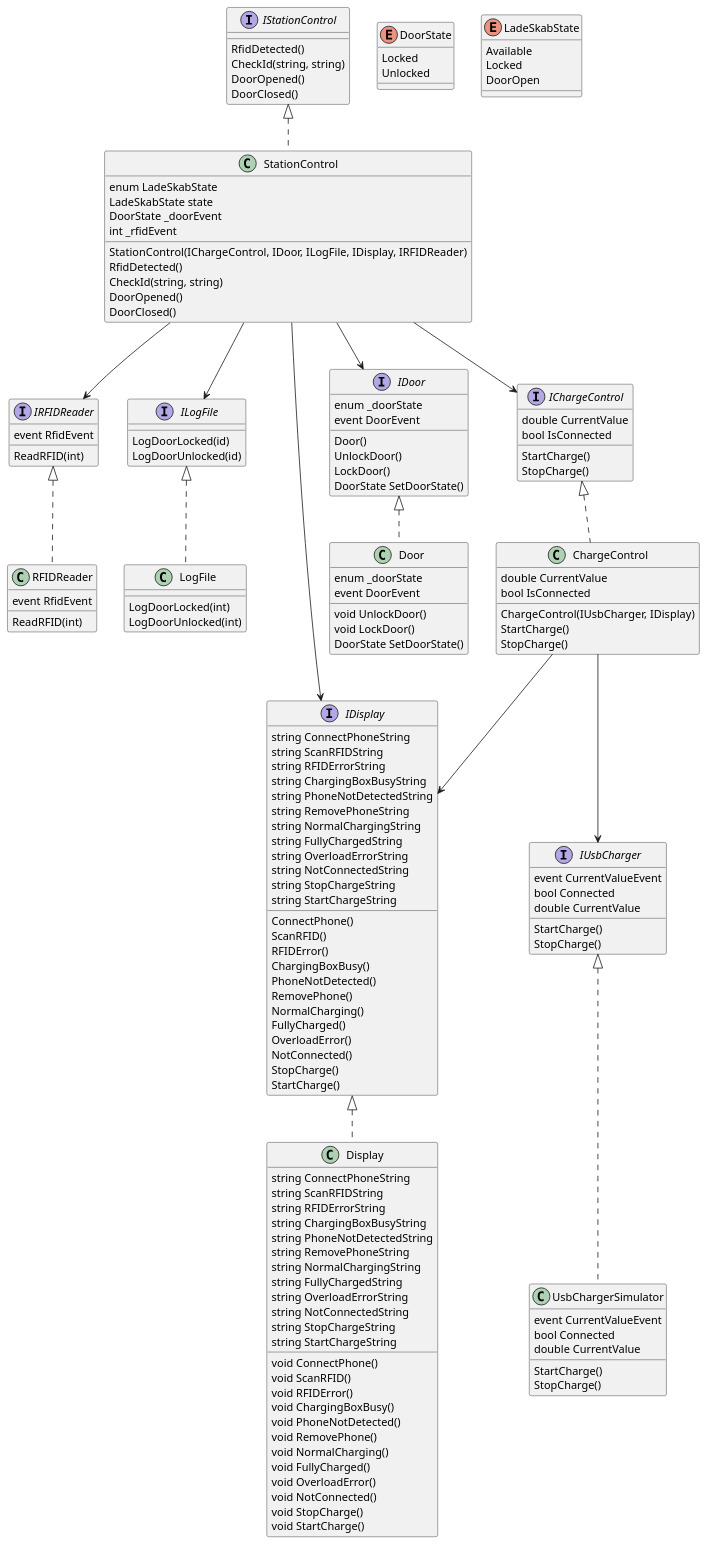
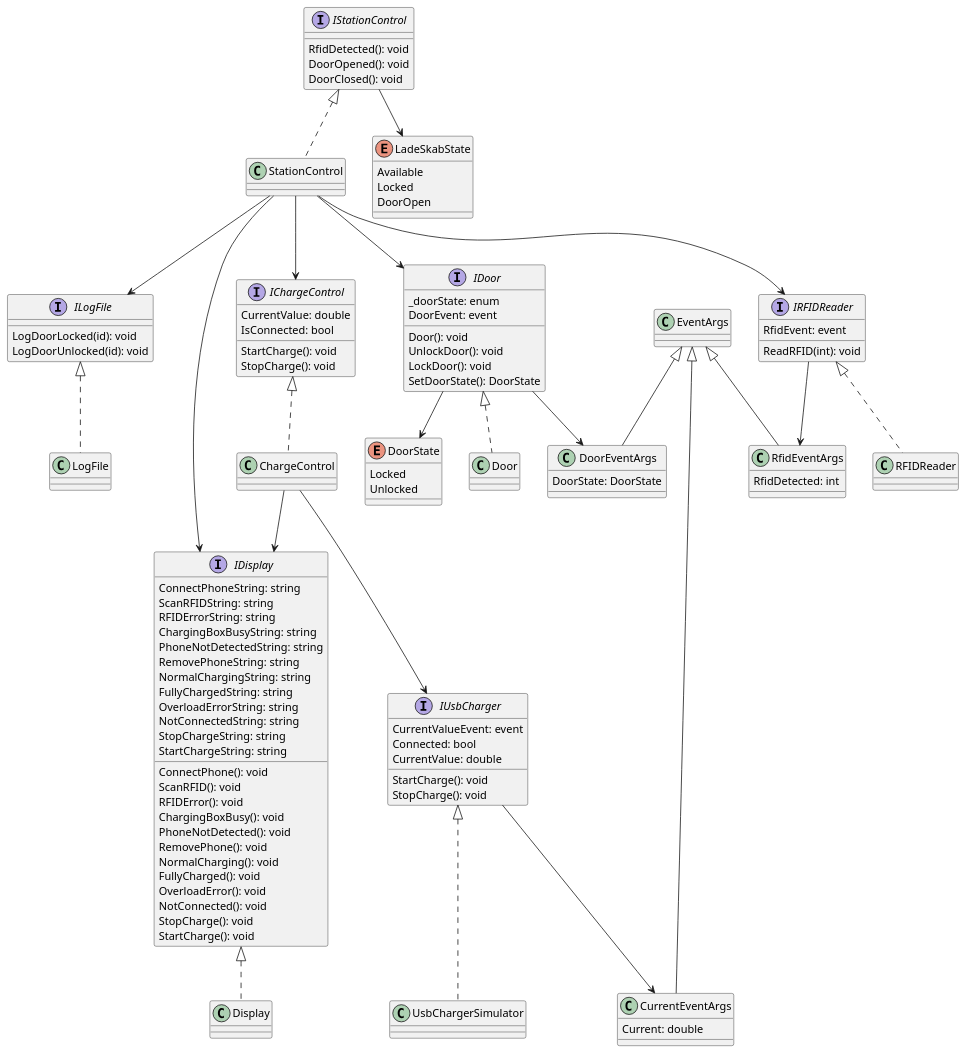
The diagram in diagrams/ChargingBoxCD.puml (MartinStokholm/SWTExercise2), drawn with PlantUML before and after one commit.

Commit message:
class diagram done

```diff
--- a/diagrams/ChargingBoxCD.puml
+++ b/diagrams/ChargingBoxCD.puml
@@ -1,178 +1,135 @@
 @startuml
 
 
-class StationControl{
-    enum LadeSkabState
-    LadeSkabState state
-    DoorState _doorEvent
-    int _rfidEvent
-    StationControl(IChargeControl, IDoor, ILogFile, IDisplay, IRFIDReader)
-    RfidDetected()
-    CheckId(string, string)
-    DoorOpened()
-    DoorClosed()
-
-
-
-}
-class ChargeControl{
-    double CurrentValue
-    bool IsConnected
-    ChargeControl(IUsbCharger, IDisplay)
-    StartCharge()
-    StopCharge()
-
-}
-class Door {
-    enum _doorState
-    event DoorEvent
-    void UnlockDoor()
-    void LockDoor()
-    DoorState SetDoorState()
-}
-
-class Display{
-    void ConnectPhone()
-    void ScanRFID()
-    void RFIDError()
-    void ChargingBoxBusy()
-    void PhoneNotDetected()
-    void RemovePhone()
-    void NormalCharging()
-    void FullyCharged()
-    void OverloadError()
-    void NotConnected()
-    void StopCharge()
-    void StartCharge()
-
-        string ConnectPhoneString
-        string ScanRFIDString
-        string RFIDErrorString
-        string ChargingBoxBusyString
-        string PhoneNotDetectedString
-        string RemovePhoneString
-        string NormalChargingString
-        string FullyChargedString
-        string OverloadErrorString
-        string NotConnectedString
-        string StopChargeString
-        string StartChargeString
-} 
-
-class LogFile{
-    LogDoorLocked(int)
-    LogDoorUnlocked(int)
-}
-
-class RFIDReader{
-    ReadRFID(int)
-    event RfidEvent
-}
-
-class UsbChargerSimulator{
-    event CurrentValueEvent
-    StartCharge()
-    StopCharge()
-    bool Connected
-    double CurrentValue
-}
+class StationControl
+class ChargeControl
+class Door
+class Display
+class LogFile
+class RFIDReader
+class UsbChargerSimulator
 
 interface IStationControl{
-    RfidDetected()
-    CheckId(string, string)
-    DoorOpened()
-    DoorClosed()
+    RfidDetected(): void 
+    DoorOpened(): void 
+    DoorClosed(): void 
 }
 interface IChargeControl{
-    double CurrentValue
-    bool IsConnected
-    StartCharge()
-    StopCharge()
+    CurrentValue: double
+    IsConnected: bool
+    StartCharge(): void
+    StopCharge(): void
 }
 interface IDoor {
-    enum _doorState
-    event DoorEvent
-    Door()
-    UnlockDoor()
-    LockDoor()
-    DoorState SetDoorState()
+    _doorState: enum 
+    DoorEvent: event 
+    Door(): void
+    UnlockDoor(): void
+    LockDoor(): void
+    SetDoorState(): DoorState 
 }
 
 interface IDisplay {
-        ConnectPhone()
-        ScanRFID()
-        RFIDError()
-        ChargingBoxBusy()
-        PhoneNotDetected()
-        RemovePhone()
-        NormalCharging()
-        FullyCharged()
-        OverloadError()
-        NotConnected()
-        StopCharge()
-        StartCharge()
+    ConnectPhone(): void 
+    ScanRFID(): void 
+    RFIDError(): void 
+    ChargingBoxBusy(): void 
+    PhoneNotDetected(): void 
+    RemovePhone(): void 
+    NormalCharging(): void 
+    FullyCharged(): void 
+    OverloadError(): void 
+    NotConnected(): void 
+    StopCharge(): void 
+    StartCharge(): void 
 
-        string ConnectPhoneString
-        string ScanRFIDString
-        string RFIDErrorString
-        string ChargingBoxBusyString
-        string PhoneNotDetectedString
-        string RemovePhoneString
-        string NormalChargingString
-        string FullyChargedString
-        string OverloadErrorString
-        string NotConnectedString
-        string StopChargeString
-        string StartChargeString
+    ConnectPhoneString: string 
+    ScanRFIDString: string 
+    RFIDErrorString: string 
+    ChargingBoxBusyString: string 
+    PhoneNotDetectedString: string 
+    RemovePhoneString: string 
+    NormalChargingString: string 
+    FullyChargedString: string 
+    OverloadErrorString: string 
+    NotConnectedString: string 
+    StopChargeString: string 
+    StartChargeString: string 
 }
 
 
 interface ILogFile{
-    LogDoorLocked(id)
-    LogDoorUnlocked(id)
+    LogDoorLocked(id): void
+    LogDoorUnlocked(id): void
 }
 
 interface IRFIDReader{
-    ReadRFID(int)
-    event RfidEvent
+    ReadRFID(int): void
+    RfidEvent: event
 }
 interface IUsbCharger{
-    event CurrentValueEvent
-    StartCharge()
-    StopCharge()
-    bool Connected
-    double CurrentValue
+    CurrentValueEvent: event
+    StartCharge(): void
+    StopCharge(): void
+    Connected: bool
+    CurrentValue: double
 }
 
 enum DoorState{
     Locked
     Unlocked
 }
 
 enum LadeSkabState{
     Available
     Locked
     DoorOpen
 }
+
+class EventArgs{
+    
+}
+
+class RfidEventArgs{
+    RfidDetected: int
+}
+
+class CurrentEventArgs{
+    Current: double
+}
+
+class DoorEventArgs{
+    DoorState: DoorState
+}
+
 
 
 StationControl .u.|> IStationControl
 ChargeControl .u.|> IChargeControl
 Door .u.|> IDoor
 Display .u.|> IDisplay
 LogFile .u.|> ILogFile
 RFIDReader .u.|> IRFIDReader
 UsbChargerSimulator .u.|> IUsbCharger
 
 StationControl --> IChargeControl
 StationControl --> IDisplay
 StationControl --> ILogFile
 StationControl --> IDoor
 StationControl --> IRFIDReader
 
 ChargeControl --> IUsbCharger
 ChargeControl --> IDisplay
 
+RfidEventArgs -u-|> EventArgs
+CurrentEventArgs -u-|> EventArgs
+DoorEventArgs -u-|> EventArgs
 
+IDoor --> DoorEventArgs
+IRFIDReader --> RfidEventArgs
+IUsbCharger --> CurrentEventArgs
+
+IDoor --> DoorState
+IStationControl --> LadeSkabState
 
 @enduml
```
